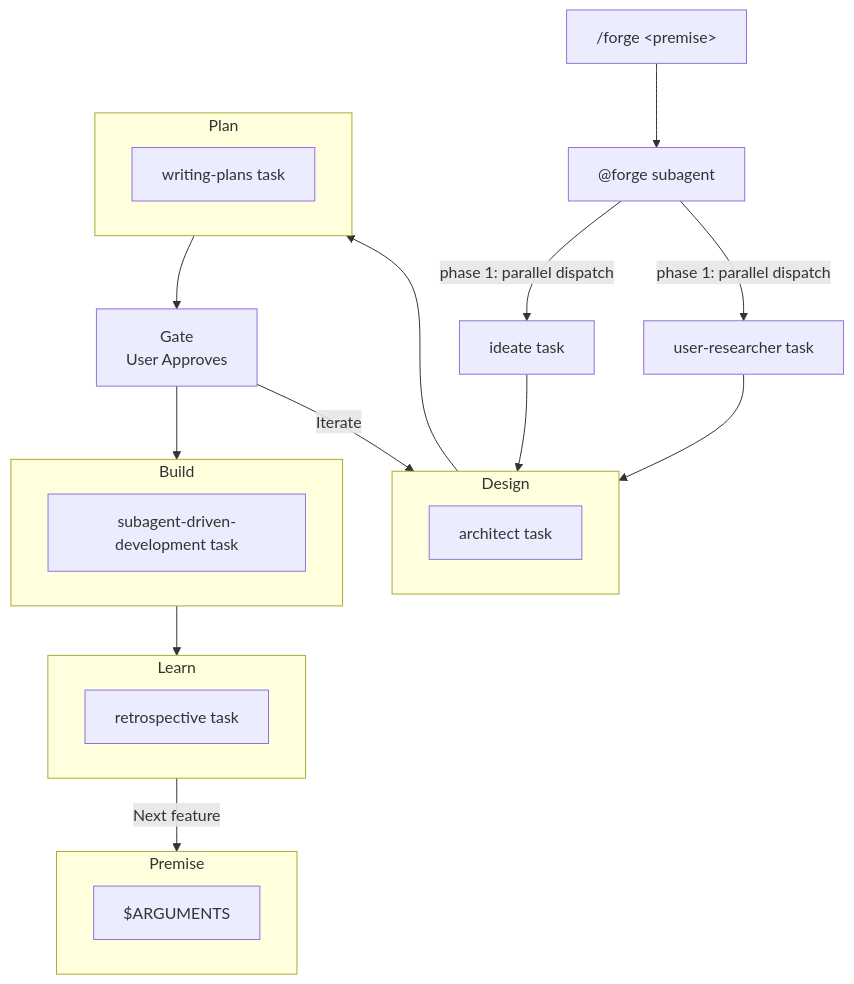
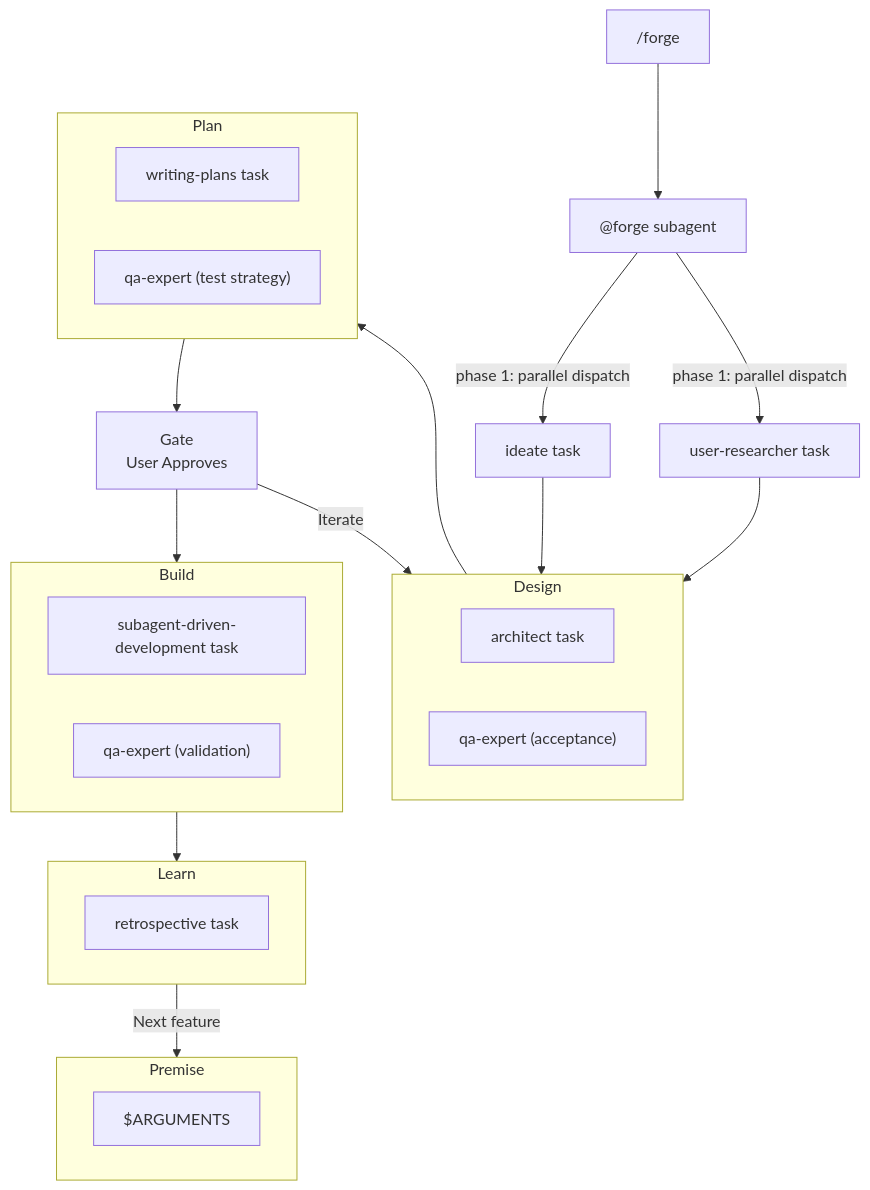
One commit to neoaisac/opencode-productforge changed the diagram in README.md. Above: the diagram before and after it, drawn with Mermaid. The commit also changed other lines of this file and 3 other files, not shown here.

First line of the commit message:
feat: add qa-expert skill for acceptance criteria, test strategy, and build validation

````diff
--- a/README.md
+++ b/README.md
@@ -20,34 +21,37 @@
 ```mermaid
 flowchart TB
-    CMD["/forge &lt;premise&gt;"] --> AGT["@forge subagent"]
+    CMD["/forge <premise>"] --> AGT["@forge subagent"]
     AGT -->|"phase 1: parallel dispatch"| ID["ideate task"]
     AGT -->|"phase 1: parallel dispatch"| UR["user-researcher task"]
     ID --> D2[Design]
     UR --> D2
     D2 --> P2[Plan]
     P2 --> G[Gate<br>User Approves]
     G --> B[Build]
     G -->|Iterate| D2
     B --> L[Learn]
     L -->|Next feature| P
 
     subgraph P[Premise]
         P1["$ARGUMENTS"]
     end
 
     subgraph D2[Design]
         Arch["architect task"]
+        QA2["qa-expert (acceptance)"]
     end
 
     subgraph P2[Plan]
         WP["writing-plans task"]
+        QA3["qa-expert (test strategy)"]
     end
 
     subgraph B[Build]
         Exec["subagent-driven-development task"]
+        QA5["qa-expert (validation)"]
     end
 
     subgraph L[Learn]
         Retro["retrospective task"]
     end
 ```
````
